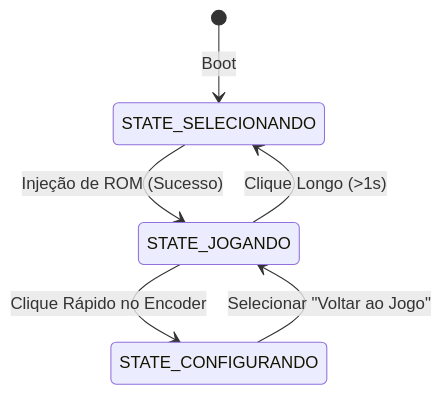
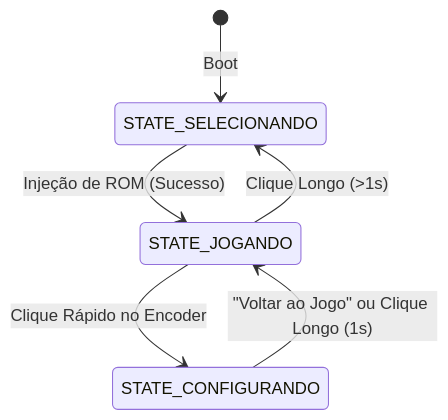
The diagram in README.pt-BR.md (sandrobenigno/FPGABuddy), drawn with Mermaid before and after one commit. The commit also changed other lines of this file and 2 other files, not shown here.

````diff
--- a/README.pt-BR.md
+++ b/README.pt-BR.md
@@ -117,8 +117,8 @@
 ```mermaid
 stateDiagram-v2
     [*] --> STATE_SELECIONANDO : Boot
     STATE_SELECIONANDO --> STATE_JOGANDO : Injeção de ROM (Sucesso)
     STATE_JOGANDO --> STATE_CONFIGURANDO : Clique Rápido no Encoder
-    STATE_CONFIGURANDO --> STATE_JOGANDO : Selecionar "Voltar ao Jogo"
+    STATE_CONFIGURANDO --> STATE_JOGANDO : "Voltar ao Jogo" ou Clique Longo (1s)
     STATE_JOGANDO --> STATE_SELECIONANDO : Clique Longo (>1s)
 ```
````
